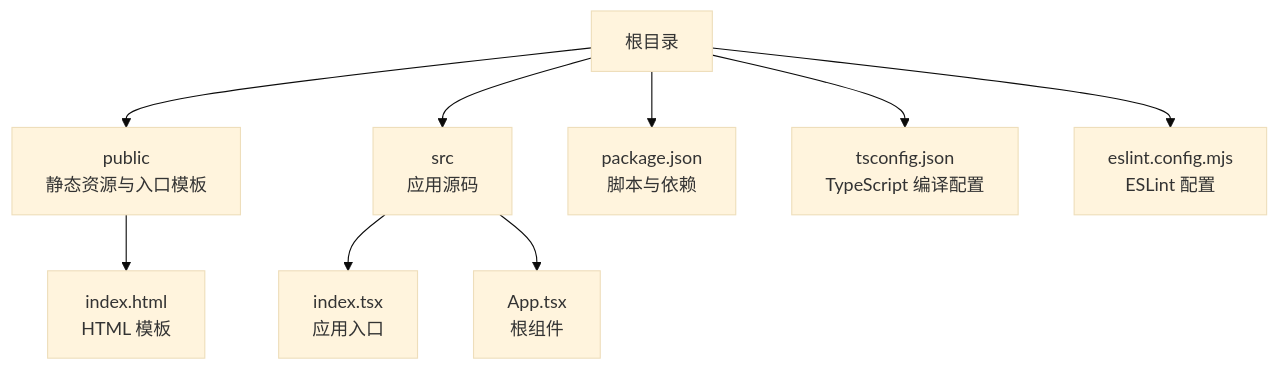
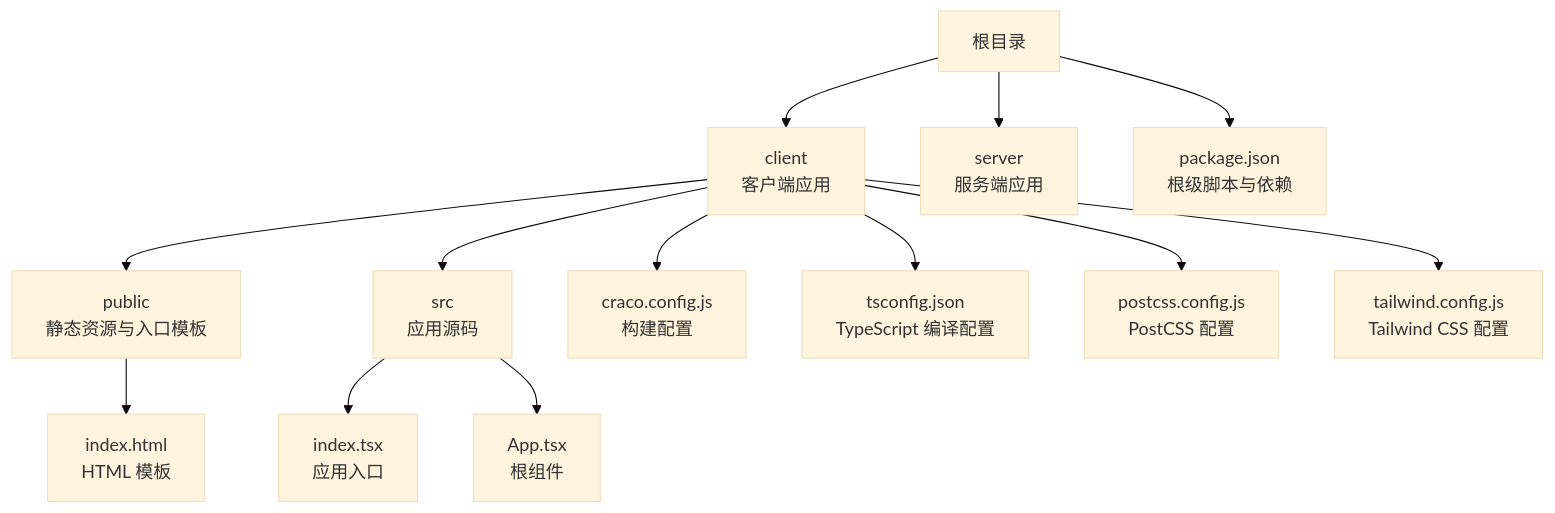
The first of 4 diagrams in .qoder/repowiki/zh/content/构建与部署.md (kkxxll/reactNext), drawn with Mermaid (base theme) before and after one commit. The commit also changed other lines of this file and 12 other files, not shown here.

````diff
--- a/.qoder/repowiki/zh/content/构建与部署.md
+++ b/.qoder/repowiki/zh/content/构建与部署.md
@@ -43,11 +57,15 @@
 ```mermaid
 graph TB
-A["根目录"] --> B["public<br/>静态资源与入口模板"]
-A --> C["src<br/>应用源码"]
-A --> D["package.json<br/>脚本与依赖"]
-A --> E["tsconfig.json<br/>TypeScript 编译配置"]
-A --> F["eslint.config.mjs<br/>ESLint 配置"]
-B --> B1["index.html<br/>HTML 模板"]
-C --> C1["index.tsx<br/>应用入口"]
-C --> C2["App.tsx<br/>根组件"]
+A["根目录"] --> B["client<br/>客户端应用"]
+A --> C["server<br/>服务端应用"]
+A --> D["package.json<br/>根级脚本与依赖"]
+B --> B1["public<br/>静态资源与入口模板"]
+B --> B2["src<br/>应用源码"]
+B --> B3["craco.config.js<br/>构建配置"]
+B --> B4["tsconfig.json<br/>TypeScript 编译配置"]
+B --> B5["postcss.config.js<br/>PostCSS 配置"]
+B --> B6["tailwind.config.js<br/>Tailwind CSS 配置"]
+B1 --> B1a["index.html<br/>HTML 模板"]
+B2 --> B2a["index.tsx<br/>应用入口"]
+B2 --> B2b["App.tsx<br/>根组件"]
 ```
````
